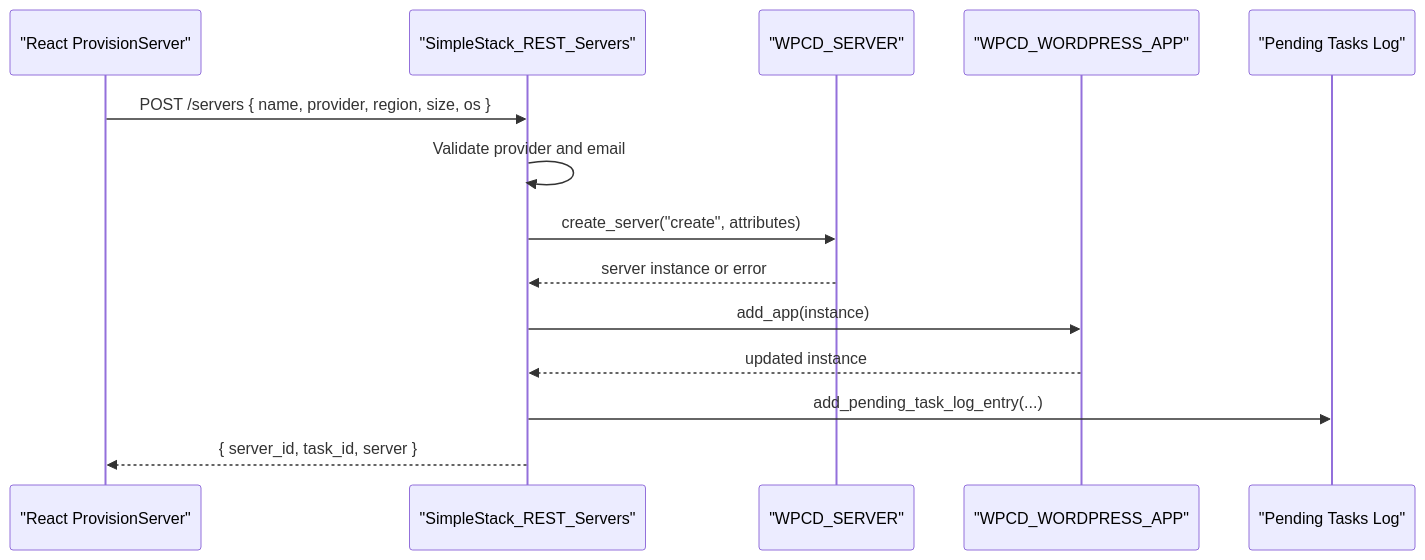
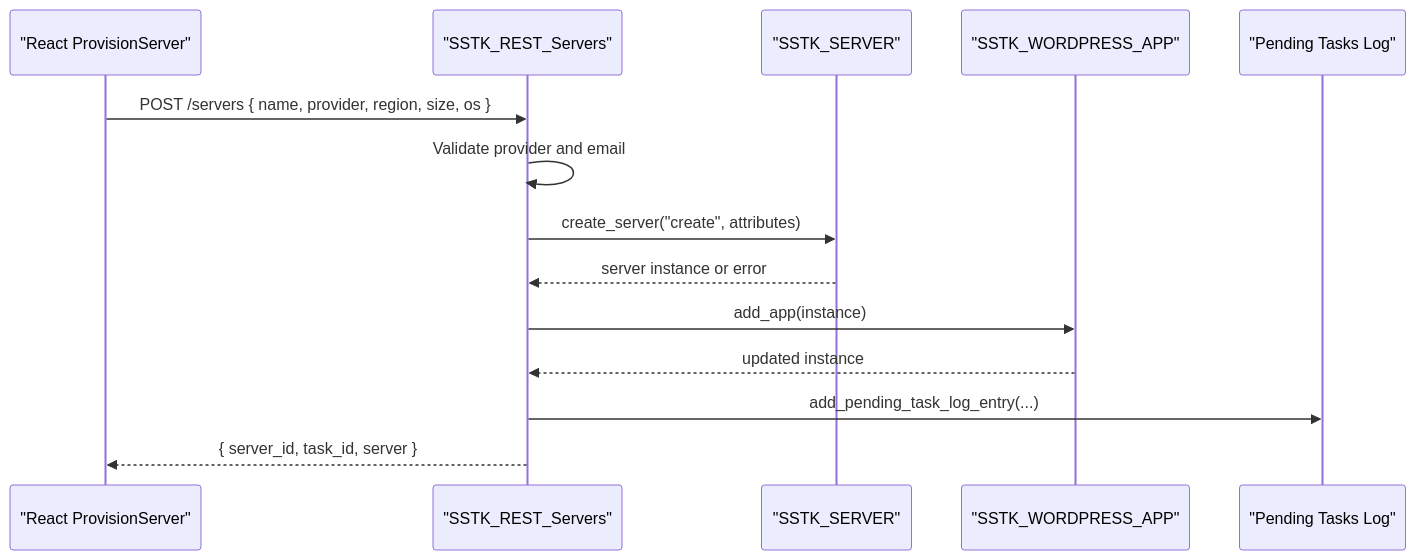
The sixth of 10 diagrams in .qoder/repowiki/en/content/System Architecture/System Architecture.md (onedogsolutions/simple-stack), drawn with Mermaid before and after one commit. The commit also changed other lines of this file and 5941 other files, not shown here.

First line of the commit message:
refactor(core): rebrand WPCloudDeploy to Simple Stack with new namespaces and prefixes

````diff
--- a/.qoder/repowiki/en/content/System Architecture/System Architecture.md
+++ b/.qoder/repowiki/en/content/System Architecture/System Architecture.md
@@ -304,16 +304,16 @@
 ```mermaid
 sequenceDiagram
 participant React as "React ProvisionServer"
-participant REST as "SimpleStack_REST_Servers"
-participant ServerEngine as "WPCD_SERVER"
-participant AppEngine as "WPCD_WORDPRESS_APP"
+participant REST as "SSTK_REST_Servers"
+participant ServerEngine as "SSTK_SERVER"
+participant AppEngine as "SSTK_WORDPRESS_APP"
 participant TaskLog as "Pending Tasks Log"
 React->>REST : POST /servers { name, provider, region, size, os }
 REST->>REST : Validate provider and email
 REST->>ServerEngine : create_server("create", attributes)
 ServerEngine-->>REST : server instance or error
 REST->>AppEngine : add_app(instance)
 AppEngine-->>REST : updated instance
 REST->>TaskLog : add_pending_task_log_entry(...)
 REST-->>React : { server_id, task_id, server }
 ```
````
